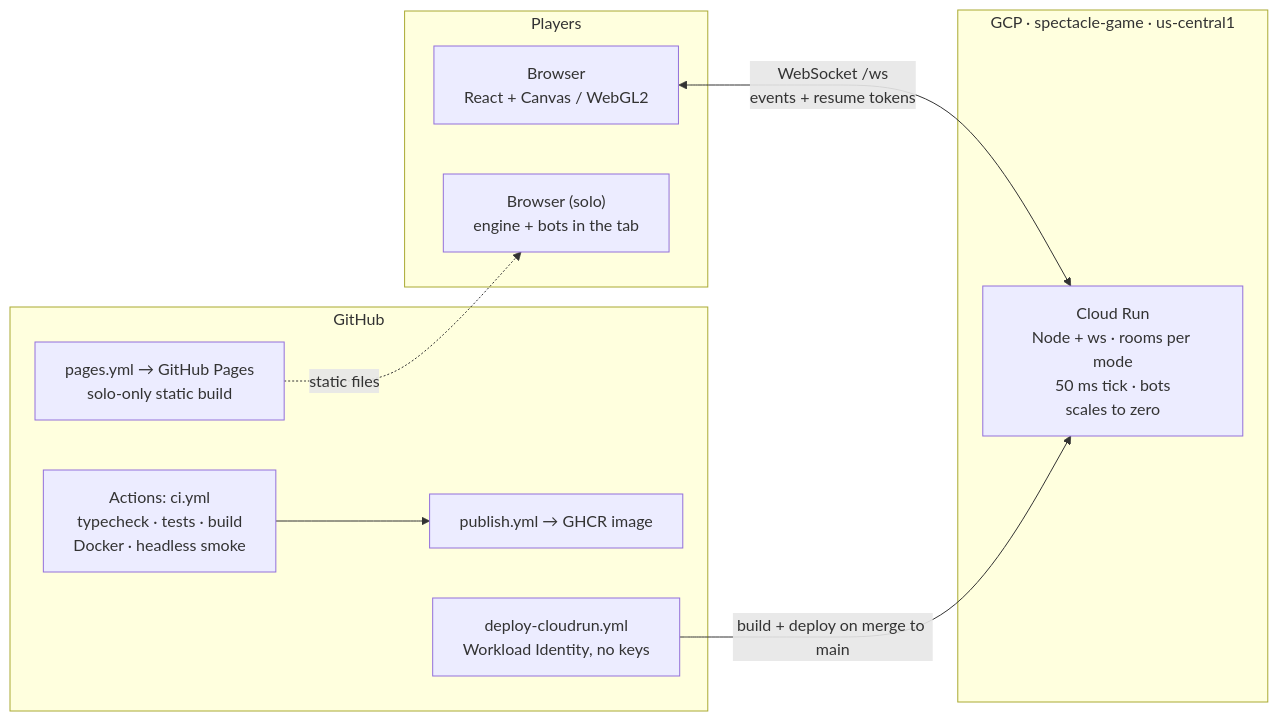
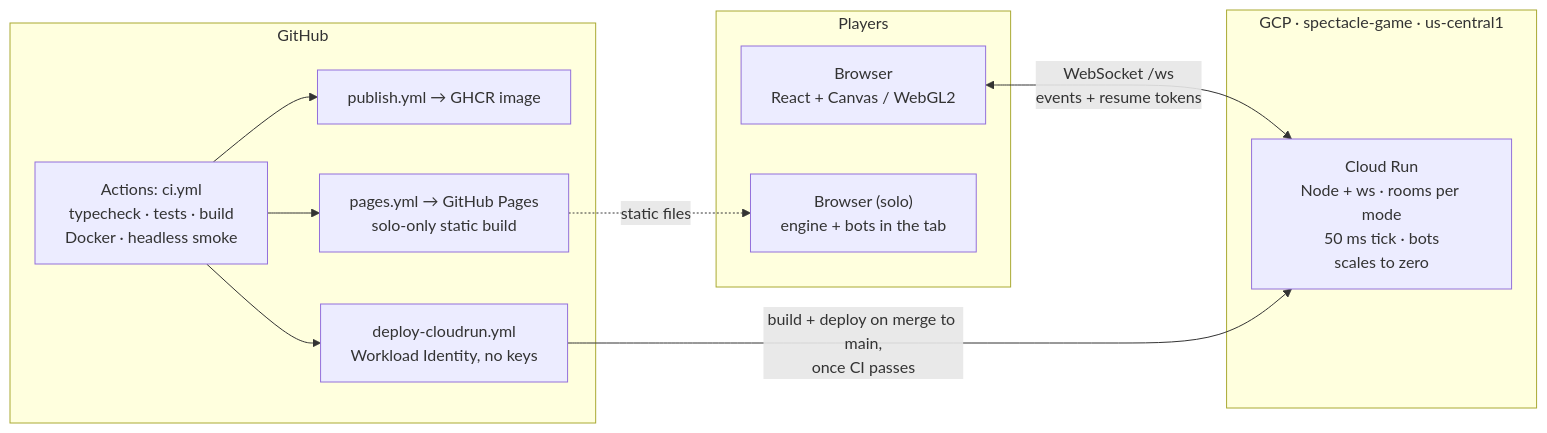
Before and after one commit to bohemian-miser/Spectacle: the diagram in README.md, drawn with Mermaid. The commit also changed other lines of this file and 7 other files, not shown here.

````diff
--- a/README.md
+++ b/README.md
@@ -264,20 +264,22 @@
 ```mermaid
 flowchart LR
   subgraph players["Players"]
     B1["Browser<br/>React + Canvas / WebGL2"]
     B2["Browser (solo)<br/>engine + bots in the tab"]
   end
   subgraph gcp["GCP · spectacle-game · us-central1"]
     CR["Cloud Run<br/>Node + ws · rooms per mode<br/>50 ms tick · bots<br/>scales to zero"]
   end
   subgraph gh["GitHub"]
     CI["Actions: ci.yml<br/>typecheck · tests · build<br/>Docker · headless smoke"]
     PUB["publish.yml → GHCR image"]
     DEP["deploy-cloudrun.yml<br/>Workload Identity, no keys"]
     PG["pages.yml → GitHub Pages<br/>solo-only static build"]
   end
   B1 <-- "WebSocket /ws<br/>events + resume tokens" --> CR
   PG -. static files .-> B2
   CI --> PUB
-  DEP -- "build + deploy on merge to main" --> CR
+  CI --> DEP
+  CI --> PG
+  DEP -- "build + deploy on merge to main,<br/>once CI passes" --> CR
 ```
````
